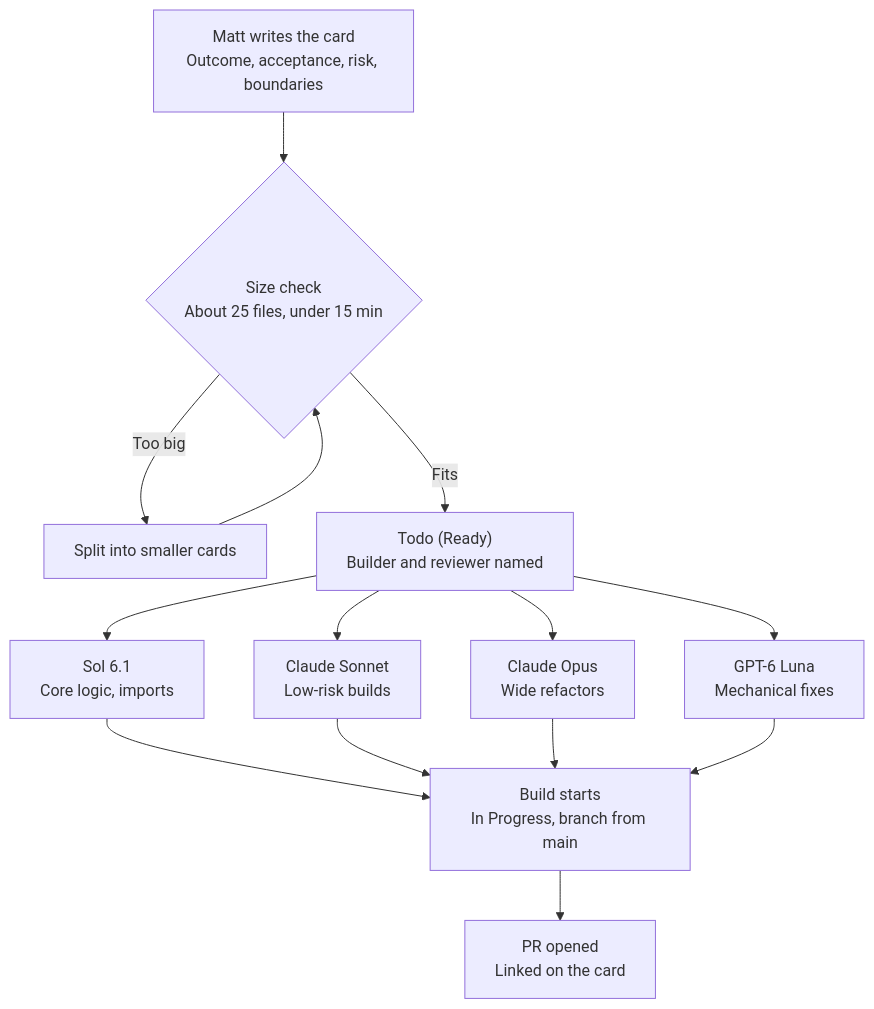
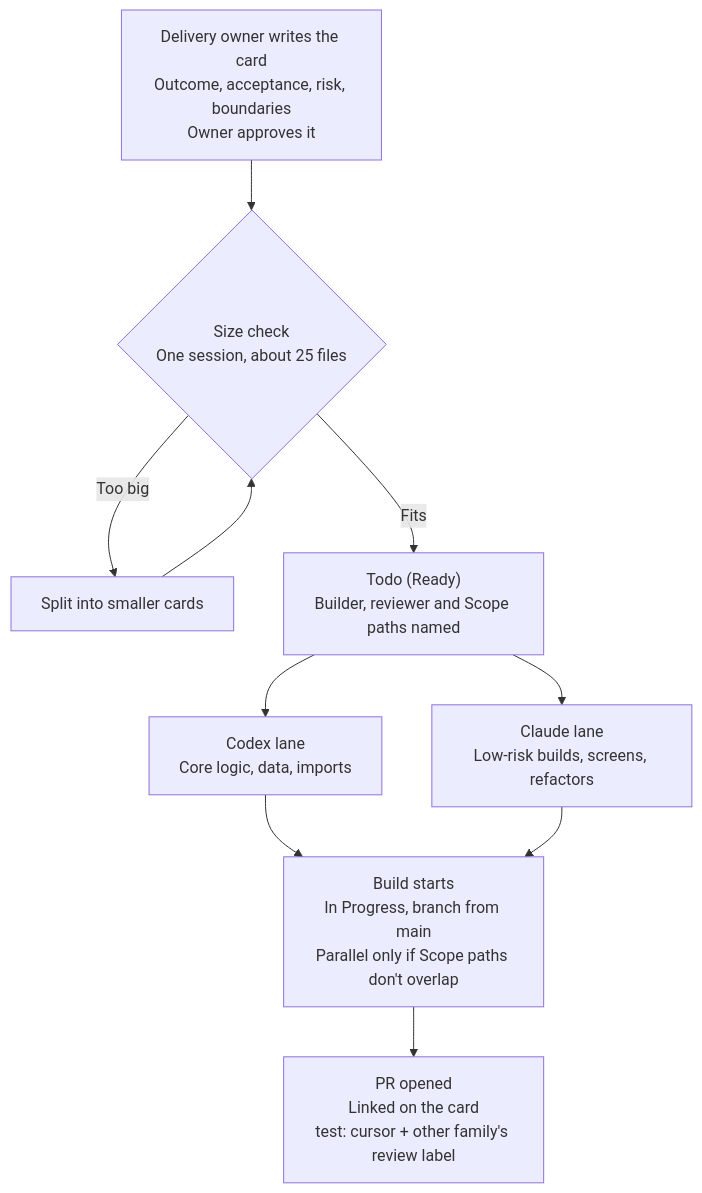
One commit to Maho1975/project-template changed the first of 3 diagrams in docs/delivery/workflow.md. Above: the diagram before and after it, drawn with Mermaid. The commit also changed other lines of this file and 7 other files, not shown here.

First line of the commit message:
Delivery workflow: different-builder repairs, stall alerts, scoped tests, model-agnostic config

````diff
--- a/docs/delivery/workflow.md
+++ b/docs/delivery/workflow.md
@@ -7,16 +7,12 @@
 ```mermaid
 flowchart TD
-    A["Matt writes the card<br/>Outcome, acceptance, risk, boundaries"] --> B{"Size check<br/>About 25 files, under 15 min"}
+    A["Delivery owner writes the card<br/>Outcome, acceptance, risk, boundaries<br/>Owner approves it"] --> B{"Size check<br/>One session, about 25 files"}
     B -- "Too big" --> A2["Split into smaller cards"]
     A2 --> B
-    B -- "Fits" --> C["Todo (Ready)<br/>Builder and reviewer named"]
-    C --> D1["Sol 6.1<br/>Core logic, imports"]
-    C --> D2["Claude Sonnet<br/>Low-risk builds"]
-    C --> D3["Claude Opus<br/>Wide refactors"]
-    C --> D4["GPT-6 Luna<br/>Mechanical fixes"]
-    D1 --> E["Build starts<br/>In Progress, branch from main"]
+    B -- "Fits" --> C["Todo (Ready)<br/>Builder, reviewer and Scope paths named"]
+    C --> D1["Codex lane<br/>Core logic, data, imports"]
+    C --> D2["Claude lane<br/>Low-risk builds, screens, refactors"]
+    D1 --> E["Build starts<br/>In Progress, branch from main<br/>Parallel only if Scope paths don't overlap"]
     D2 --> E
-    D3 --> E
-    D4 --> E
-    E --> F["PR opened<br/>Linked on the card"]
+    E --> F["PR opened<br/>Linked on the card<br/>test: cursor + other family's review label"]
 ```
````
